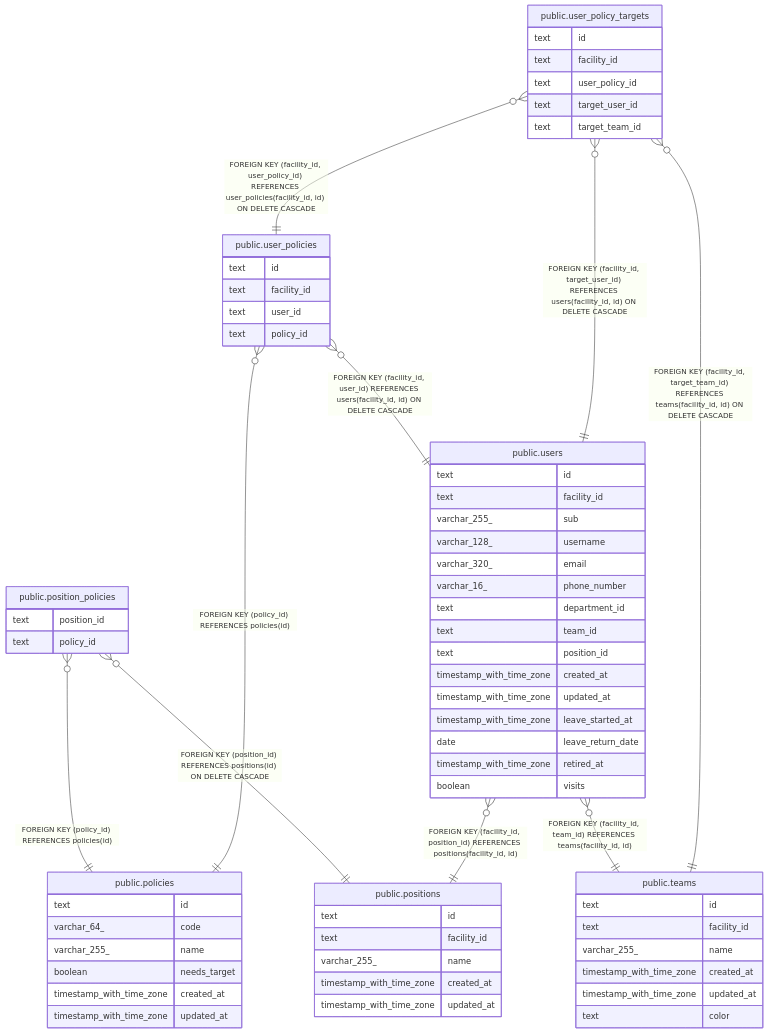
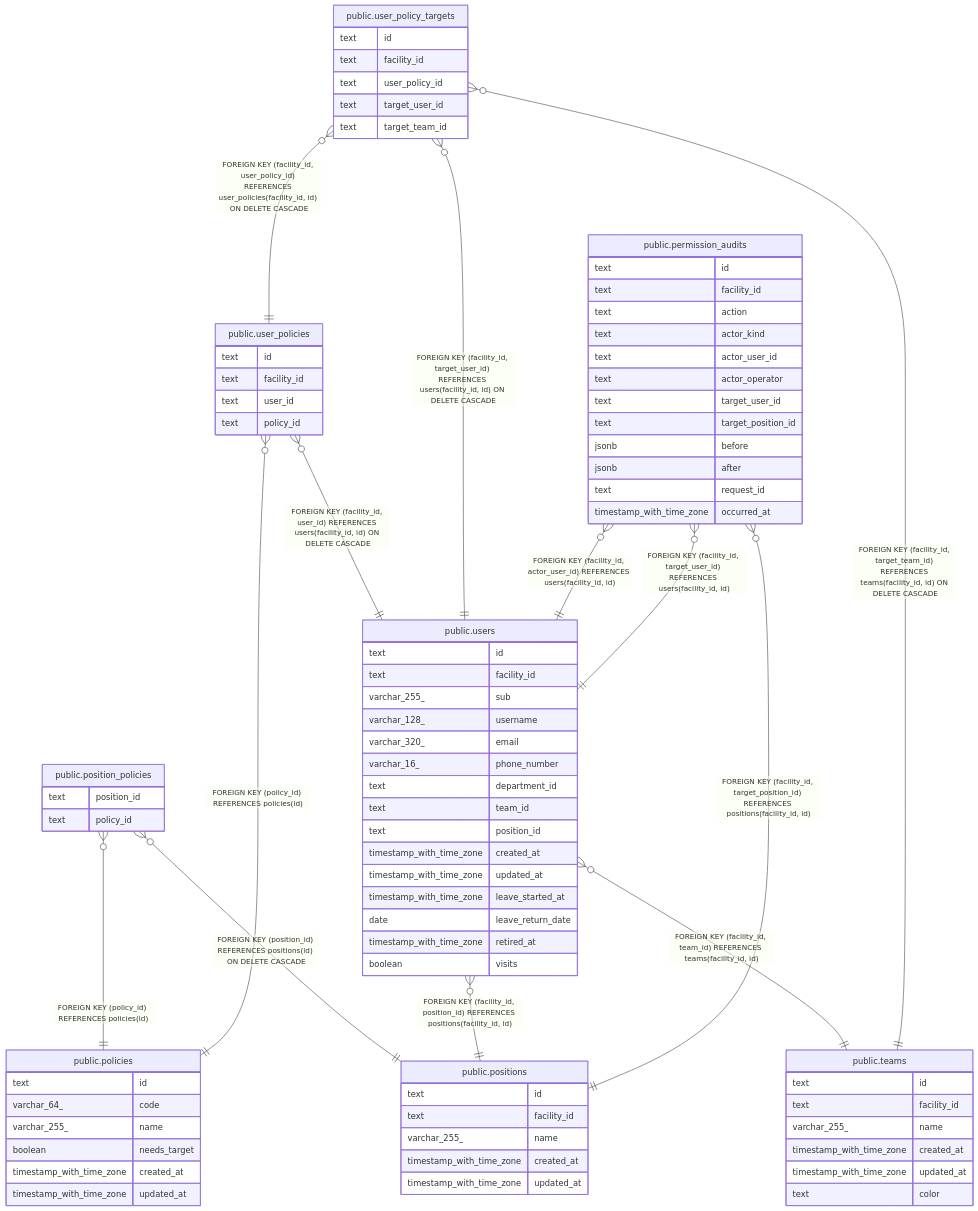
Before and after one commit to Fukuemon/buddy: the diagram in docs/db/schedule/viewpoint-policies.md, drawn with Mermaid. The commit also changed other lines of this file and 12 other files, not shown here.

````diff
--- a/docs/db/schedule/viewpoint-policies.md
+++ b/docs/db/schedule/viewpoint-policies.md
@@ -30,6 +31,9 @@
 "public.user_policy_targets" }o--|| "public.teams" : "FOREIGN KEY (facility_id, target_team_id) REFERENCES teams(facility_id, id) ON DELETE CASCADE"
 "public.user_policy_targets" }o--|| "public.users" : "FOREIGN KEY (facility_id, target_user_id) REFERENCES users(facility_id, id) ON DELETE CASCADE"
 "public.user_policy_targets" }o--|| "public.user_policies" : "FOREIGN KEY (facility_id, user_policy_id) REFERENCES user_policies(facility_id, id) ON DELETE CASCADE"
+"public.permission_audits" }o--|| "public.positions" : "FOREIGN KEY (facility_id, target_position_id) REFERENCES positions(facility_id, id)"
+"public.permission_audits" }o--|| "public.users" : "FOREIGN KEY (facility_id, actor_user_id) REFERENCES users(facility_id, id)"
+"public.permission_audits" }o--|| "public.users" : "FOREIGN KEY (facility_id, target_user_id) REFERENCES users(facility_id, id)"
 
 "public.teams" {
   text id
@@ -88,4 +92,18 @@
   text target_user_id
   text target_team_id
 }
+"public.permission_audits" {
+  text id
+  text facility_id
+  text action
+  text actor_kind
+  text actor_user_id
+  text actor_operator
+  text target_user_id
+  text target_position_id
+  jsonb before
+  jsonb after
+  text request_id
+  timestamp_with_time_zone occurred_at
+}
 ```
````
